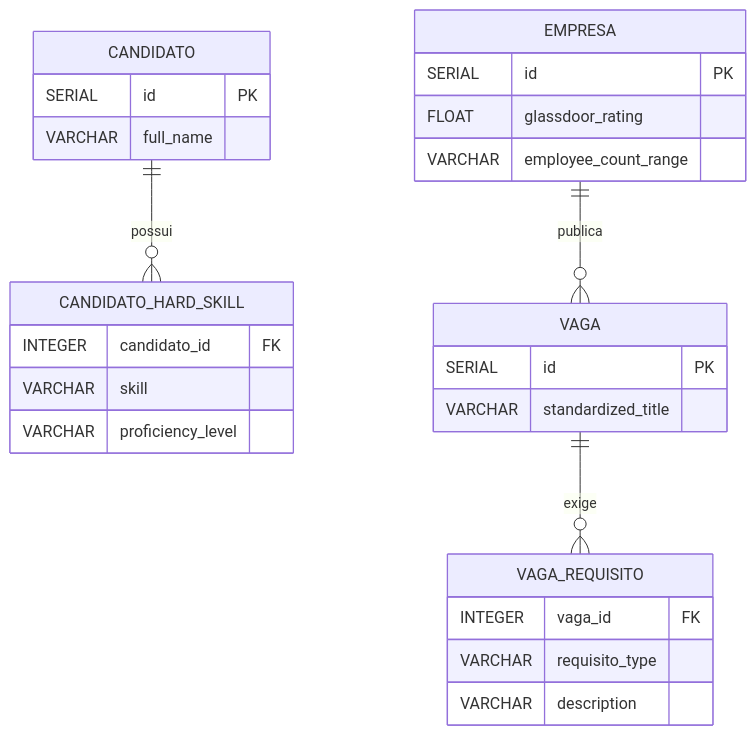
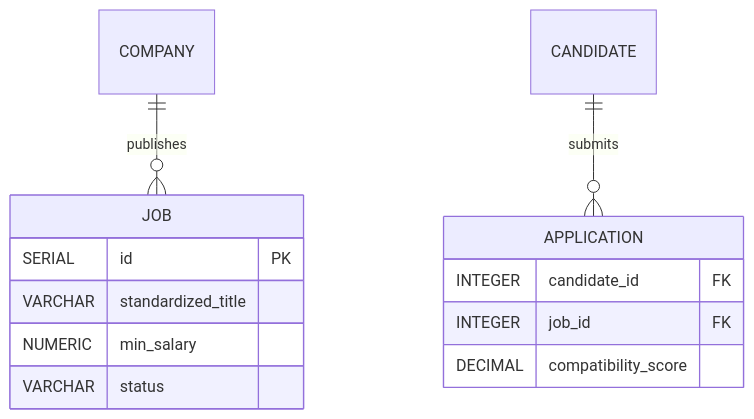
The fourth of 12 diagrams in modelagem.md (anandamatos/job-search), drawn with Mermaid before and after one commit. The commit also changed other lines of this file, not shown here.

````diff
--- a/modelagem.md
+++ b/modelagem.md
@@ -420,34 +715,16 @@
-```mermaid
-erDiagram
-    CANDIDATO ||--o{ CANDIDATO_HARD_SKILL : possui
-    VAGA ||--o{ VAGA_REQUISITO : exige
-    EMPRESA ||--o{ VAGA : publica
-
-    CANDIDATO {
-        SERIAL id PK
-        VARCHAR full_name
-    }
-
-    CANDIDATO_HARD_SKILL {
-        INTEGER candidato_id FK
-        VARCHAR skill
-        VARCHAR proficiency_level
-    }
-
-    VAGA {
-        SERIAL id PK
-        VARCHAR standardized_title
-    }
-
-    VAGA_REQUISITO {
-        INTEGER vaga_id FK
-        VARCHAR requisito_type
-        VARCHAR description
-    }
-
-    EMPRESA {
-        SERIAL id PK
-        FLOAT glassdoor_rating
-        VARCHAR employee_count_range
-    }
-```
+   ```mermaid
+   erDiagram
+       COMPANY ||--o{ JOB : "publishes"
+       JOB {
+           SERIAL id PK
+           VARCHAR standardized_title
+           NUMERIC min_salary
+           VARCHAR status
+       }
+       CANDIDATE ||--o{ APPLICATION : "submits"
+       APPLICATION {
+           INTEGER candidate_id FK
+           INTEGER job_id FK
+           DECIMAL compatibility_score
+       }
+   ```
````
